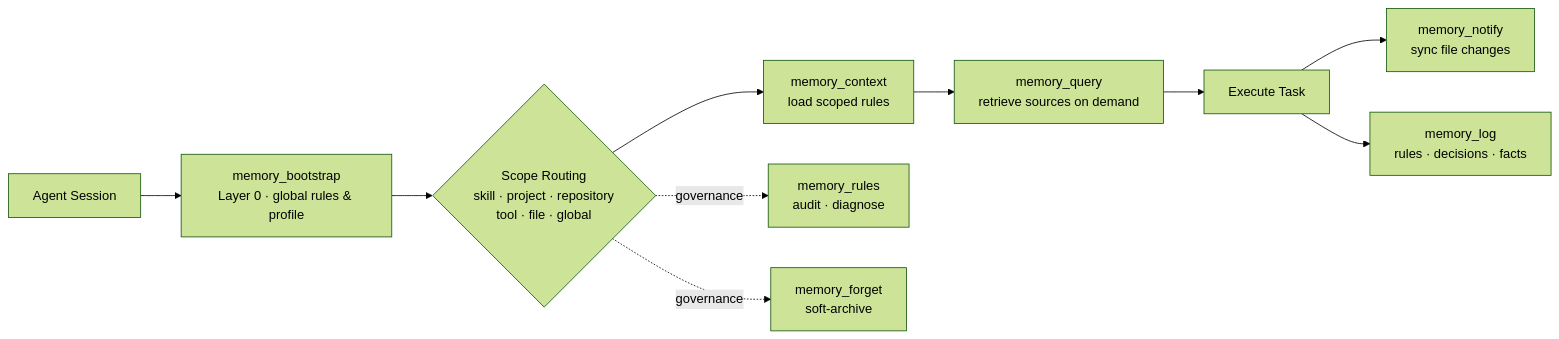
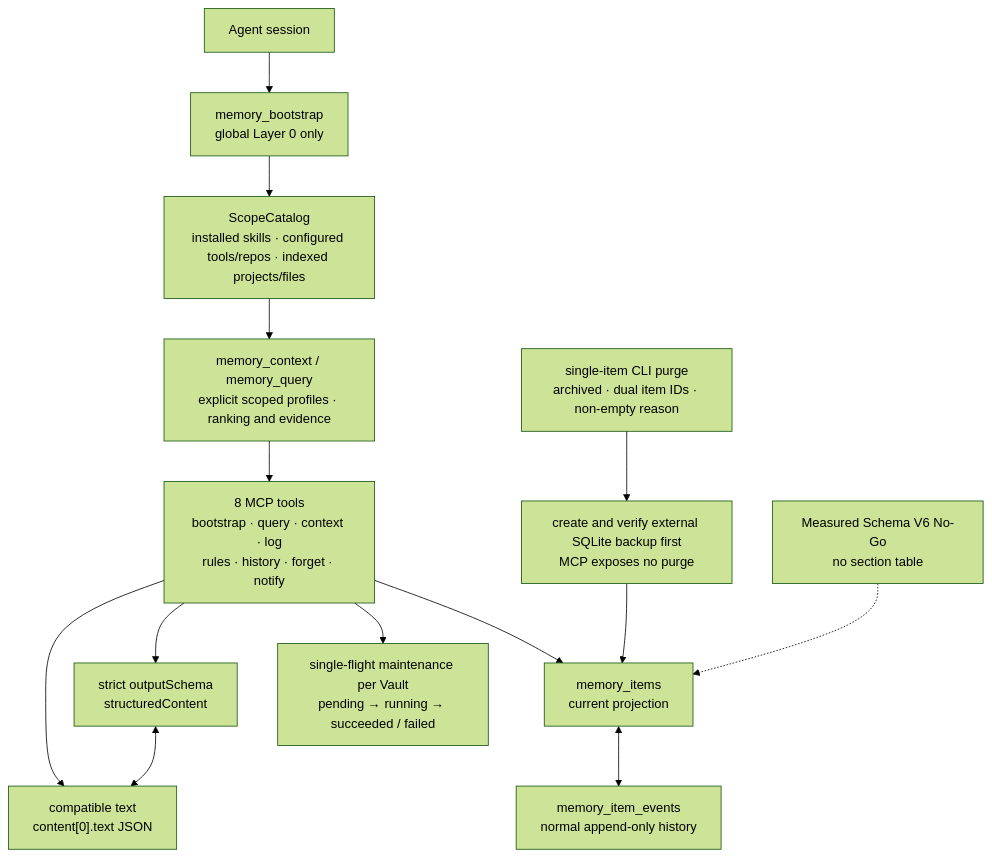
Before and after one commit to luneth90/lifeos: the diagram in assets/lifeos-memory.en.mmd, drawn with Mermaid (forest theme). The commit also changed 15 other files, not shown here.

```diff
--- a/assets/lifeos-memory.en.mmd
+++ b/assets/lifeos-memory.en.mmd
@@ -1,10 +1,27 @@
-flowchart LR
-    Agent["Agent Session"] --> Bootstrap["memory_bootstrap<br/>Layer 0 · global rules & profile"]
-    Bootstrap --> Route{"Scope Routing<br/>skill · project · repository<br/>tool · file · global"}
-    Route --> Context["memory_context<br/>load scoped rules"]
-    Context --> Query["memory_query<br/>retrieve sources on demand"]
-    Query --> Task["Execute Task"]
-    Task --> Notify["memory_notify<br/>sync file changes"]
-    Task --> Log["memory_log<br/>rules · decisions · facts"]
-    Route -. governance .-> Rules["memory_rules<br/>audit · diagnose"]
-    Route -. governance .-> Forget["memory_forget<br/>soft-archive"]
+flowchart TB
+    Agent["Agent session"]
+    Bootstrap["memory_bootstrap<br/>global Layer 0 only"]
+    ScopeCatalog["ScopeCatalog<br/>installed skills · configured tools/repos · indexed projects/files"]
+    ContextQuery["memory_context / memory_query<br/>explicit scoped profiles · ranking and evidence"]
+    EightTools["8 MCP tools<br/>bootstrap · query · context · log<br/>rules · history · forget · notify"]
+    StructuredOutput["strict outputSchema<br/>structuredContent"]
+    TextOutput["compatible text<br/>content[0].text JSON"]
+    MemoryItems["memory_items<br/>current projection"]
+    MemoryEvents["memory_item_events<br/>normal append-only history"]
+    MaintenanceState["single-flight maintenance per Vault<br/>pending → running → succeeded / failed"]
+    CliPurge["single-item CLI purge<br/>archived · dual item IDs · non-empty reason"]
+    BackupBoundary["create and verify external SQLite backup first<br/>MCP exposes no purge"]
+    NoSchemaV6["Measured Schema V6 No-Go<br/>no section table"]
+    Agent --> Bootstrap
+    Bootstrap --> ScopeCatalog
+    ScopeCatalog --> ContextQuery
+    ContextQuery --> EightTools
+    EightTools --> StructuredOutput
+    EightTools --> TextOutput
+    StructuredOutput <--> TextOutput
+    EightTools --> MemoryItems
+    MemoryItems <--> MemoryEvents
+    EightTools --> MaintenanceState
+    CliPurge --> BackupBoundary
+    BackupBoundary --> MemoryItems
+    NoSchemaV6 -.-> MemoryItems
```
